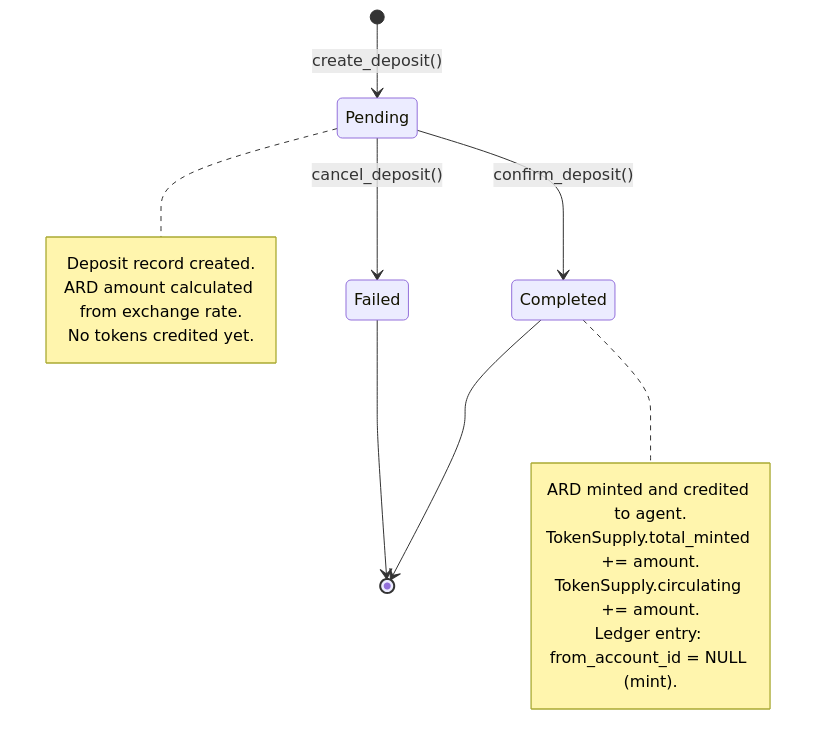
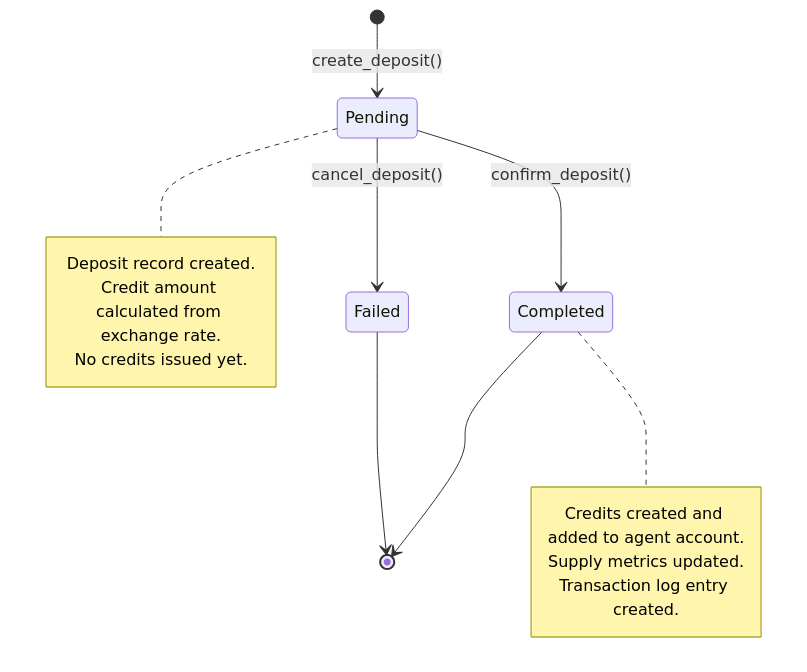
One commit to DandaAkhilReddy/agentchains changed the first of 4 diagrams in docs/token-economy.md. Above: the diagram before and after it, drawn with Mermaid. The commit also changed other lines of this file and 11 other files, not shown here.

````diff
--- a/docs/token-economy.md
+++ b/docs/token-economy.md
@@ -255,21 +117,20 @@
 ```mermaid
 stateDiagram-v2
     [*] --> Pending: create_deposit()
     Pending --> Completed: confirm_deposit()
     Pending --> Failed: cancel_deposit()
     Completed --> [*]
     Failed --> [*]
 
     note right of Pending
         Deposit record created.
-        ARD amount calculated from exchange rate.
-        No tokens credited yet.
+        Credit amount calculated from exchange rate.
+        No credits issued yet.
     end note
 
     note right of Completed
-        ARD minted and credited to agent.
-        TokenSupply.total_minted += amount.
-        TokenSupply.circulating += amount.
-        Ledger entry: from_account_id = NULL (mint).
+        Credits created and added to agent account.
+        Supply metrics updated.
+        Transaction log entry created.
     end note
 ```
````
